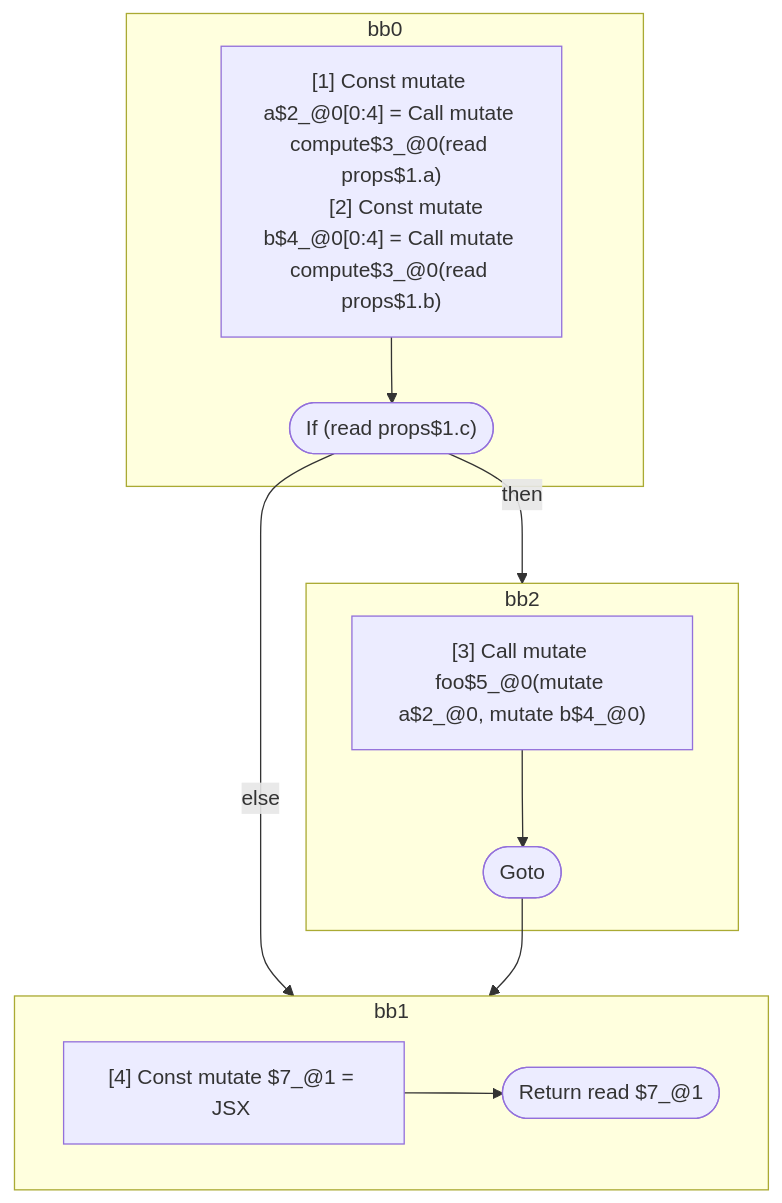
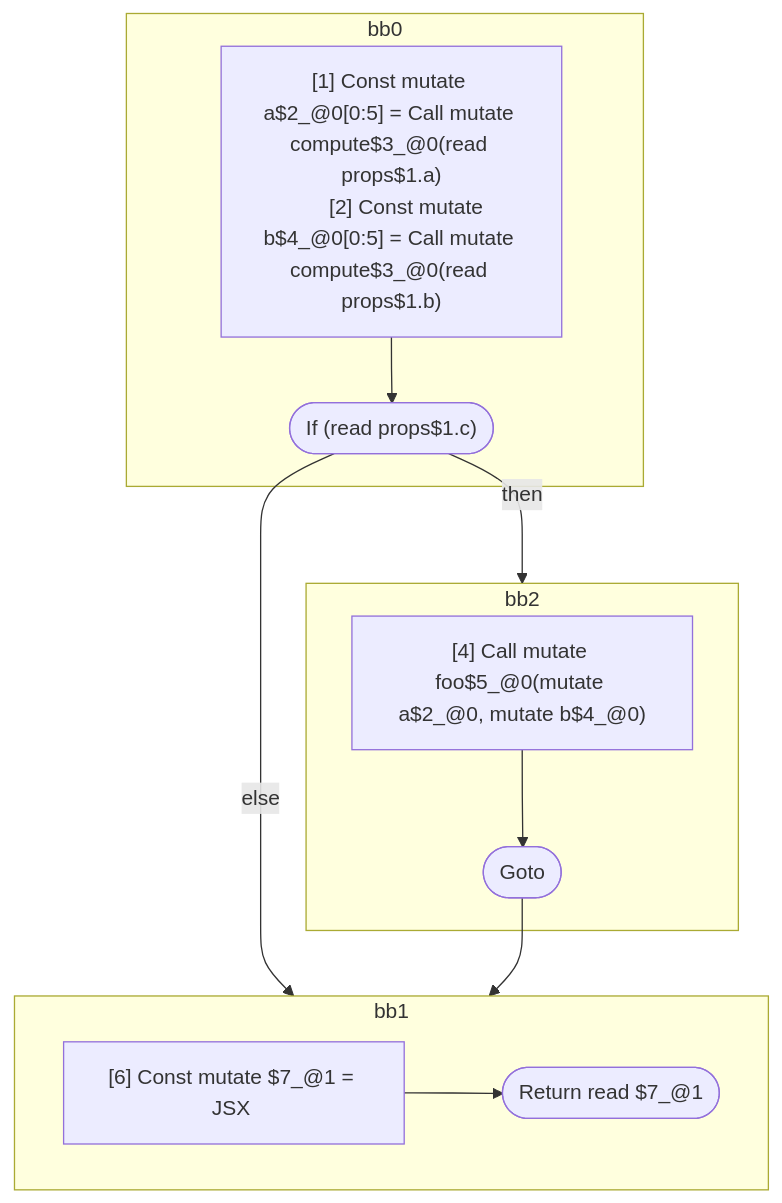
One commit to wutsmog/private changed the fourth of 4 diagrams in compiler/forget/src/__tests__/fixtures/hir/interdependent-across-if.expect.md. Above: the diagram before and after it, drawn with Mermaid. The commit also changed other lines of this file and 61 other files, not shown here.

````diff
--- a/compiler/forget/src/__tests__/fixtures/hir/interdependent-across-if.expect.md
+++ b/compiler/forget/src/__tests__/fixtures/hir/interdependent-across-if.expect.md
@@ -133,29 +133,29 @@
 ```mermaid
 flowchart TB
   %% Basic Blocks
   subgraph bb0
     bb0_instrs["
-      [1] Const mutate a$2_@0[0:4] = Call mutate compute$3_@0(read props$1.a)
-      [2] Const mutate b$4_@0[0:4] = Call mutate compute$3_@0(read props$1.b)
+      [1] Const mutate a$2_@0[0:5] = Call mutate compute$3_@0(read props$1.a)
+      [2] Const mutate b$4_@0[0:5] = Call mutate compute$3_@0(read props$1.b)
     "]
     bb0_instrs --> bb0_terminal(["If (read props$1.c)"])
   end
   subgraph bb2
     bb2_instrs["
-      [3] Call mutate foo$5_@0(mutate a$2_@0, mutate b$4_@0)
+      [4] Call mutate foo$5_@0(mutate a$2_@0, mutate b$4_@0)
     "]
     bb2_instrs --> bb2_terminal(["Goto"])
   end
   subgraph bb1
     bb1_instrs["
-      [4] Const mutate $7_@1 = JSX <read Foo$6 a={freeze a$2_@0} b={freeze b$4_@0} ></read Foo$6>
+      [6] Const mutate $7_@1 = JSX <read Foo$6 a={freeze a$2_@0} b={freeze b$4_@0} ></read Foo$6>
     "]
     bb1_instrs --> bb1_terminal(["Return read $7_@1"])
   end
 
   %% Jumps
   bb0_terminal -- "then" --> bb2
   bb0_terminal -- "else" --> bb1
   bb2_terminal --> bb1
 
 ```
````
